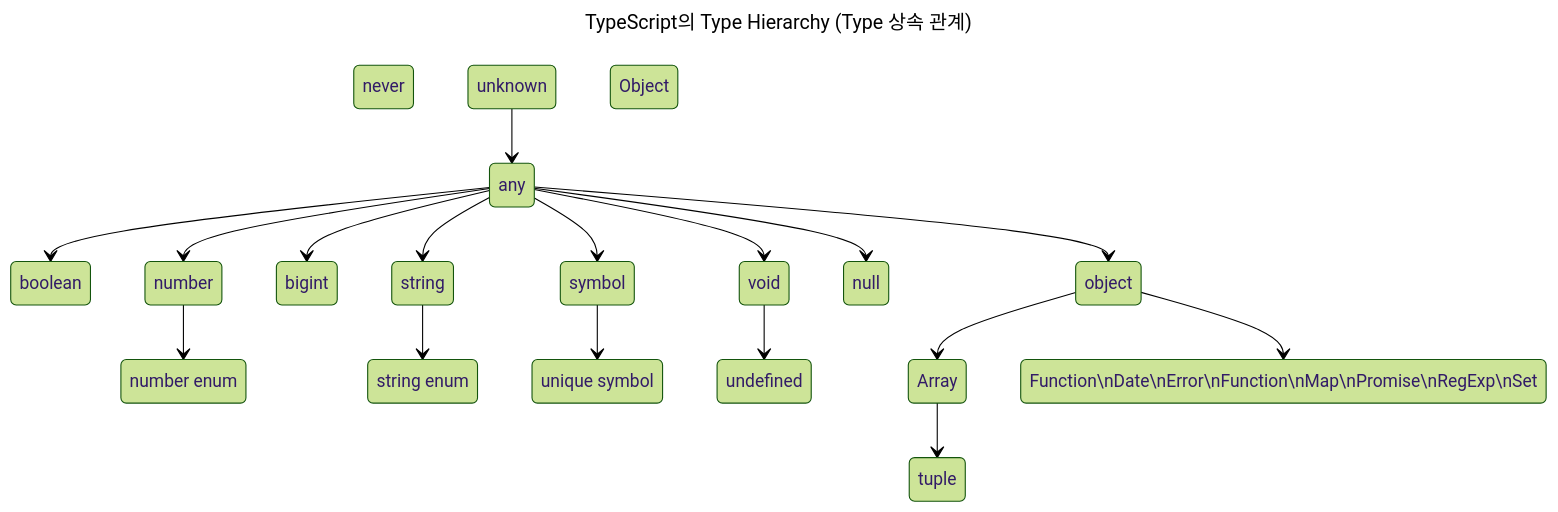
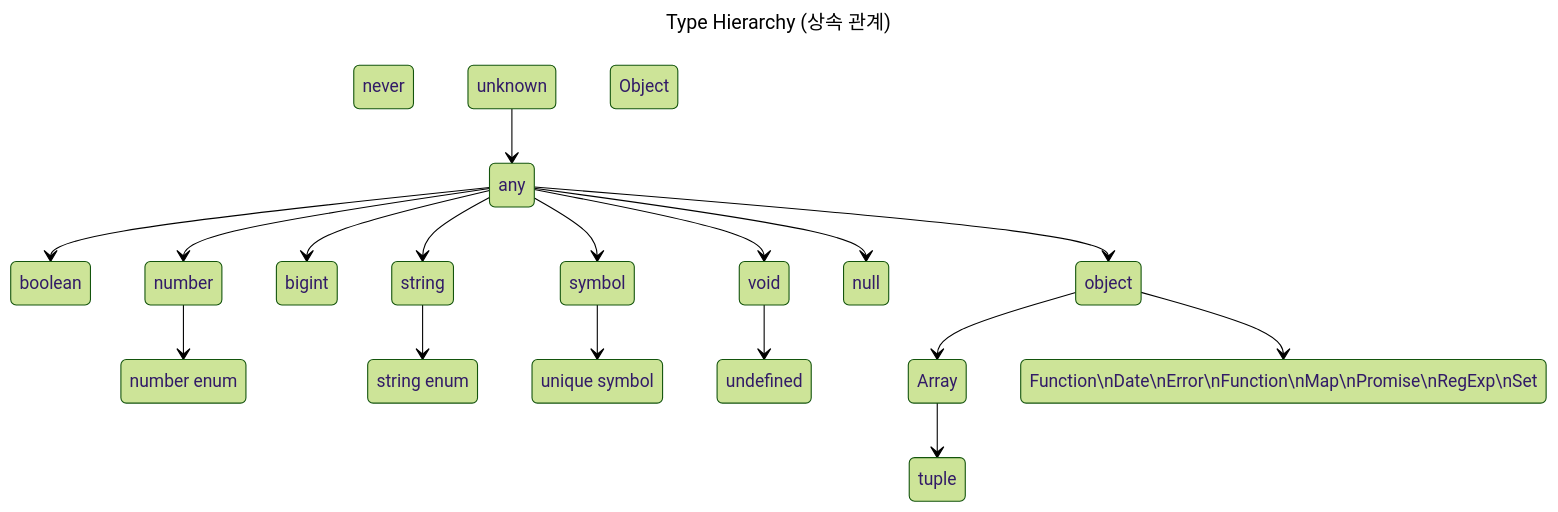
Before and after one commit to choesimin/choesimin.github.io: the diagram in _drafts/skills/typescript/basic-type.md, drawn with Mermaid (forest theme). The commit also changed other lines of this file and 1 other file, not shown here.

````diff
--- a/_drafts/skills/typescript/basic-type.md
+++ b/_drafts/skills/typescript/basic-type.md
@@ -15,37 +15,37 @@
 ```mermaid
 ---
-title : TypeScript의 Type Hierarchy (Type 상속 관계)
+title : Type Hierarchy (상속 관계)
 ---
 
 stateDiagram-v2
 
 never
 unknown --> any
 Object
 
 any --> boolean
 
 any --> number
 number_enum : number enum
 number --> number_enum
 
 any --> bigint
 
 any --> string
 string_enum : string enum
 string --> string_enum
 
 any --> symbol
 unique_symbol : unique symbol
 symbol --> unique_symbol
 
 any --> void
 void --> undefined
 
 any --> null
 
 any --> object
 object --> Array
 Array --> tuple
 object --> Function\nDate\nError\nFunction\nMap\nPromise\nRegExp\nSet
 ```
````
